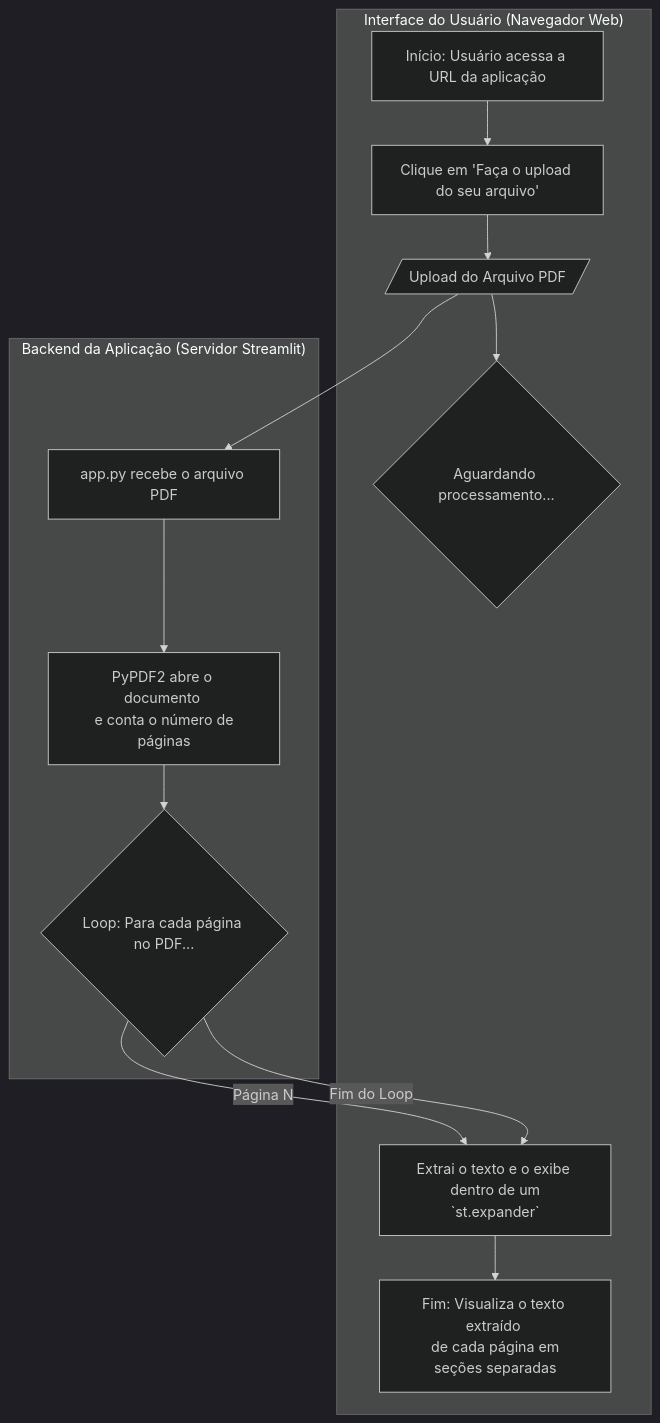
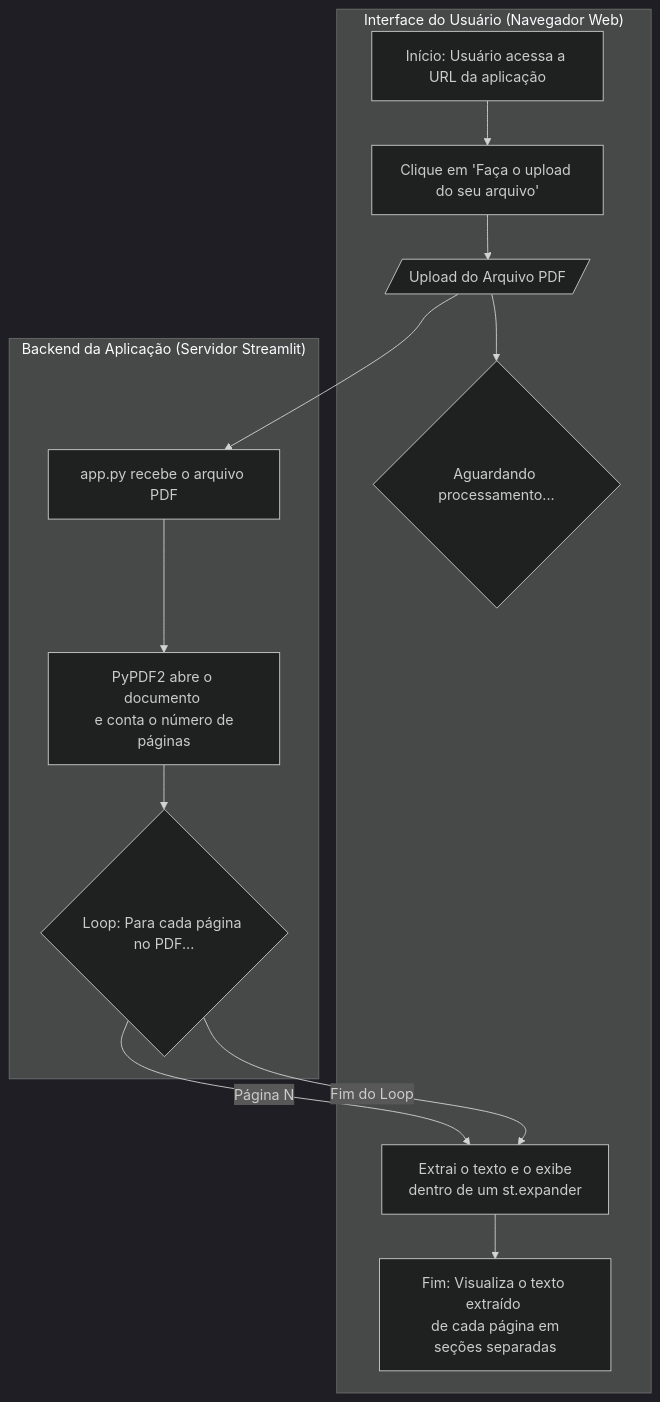
Before and after one commit to mulinco/extrator-pdf-streamlit: the diagram in README.md, drawn with Mermaid (dark theme).

````diff
--- a/README.md
+++ b/README.md
@@ -13,20 +13,20 @@
 ```mermaid
 %% Diagrama de Fluxo para o projeto extrator-pdf-streamlit
-%% Versão Simplificada - Corrigido por Gemini
+%% Versão Ultra Segura - Corrigido por Gemini
 
 graph TD;
     subgraph "Interface do Usuário (Navegador Web)"
         A[Início: Usuário acessa a URL da aplicação] --> B["Clique em 'Faça o upload do seu arquivo'"];
         B --> C[/Upload do Arquivo PDF/];
         C --> D{Aguardando processamento...};
         H --> I[Fim: Visualiza o texto extraído <br/> de cada página em seções separadas];
     end
 
     subgraph "Backend da Aplicação (Servidor Streamlit)"
         C --> E[app.py recebe o arquivo PDF];
         E --> F["PyPDF2 abre o documento <br/> e conta o número de páginas"];
         F --> G{Loop: Para cada página no PDF...};
-        G --Página N--> H["Extrai o texto e o exibe <br/> dentro de um `st.expander`"];
+        G --Página N--> H["Extrai o texto e o exibe <br/> dentro de um st.expander"];
         G --Fim do Loop--> H;
     end
 ```
````
